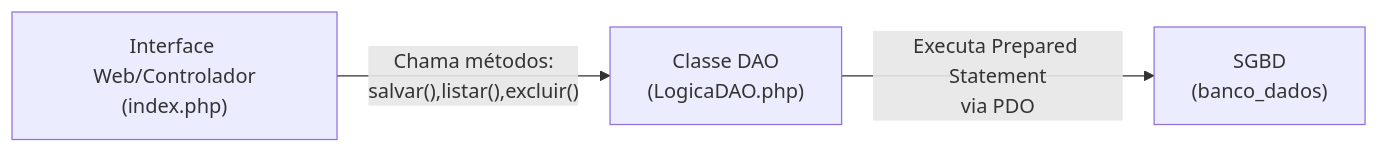
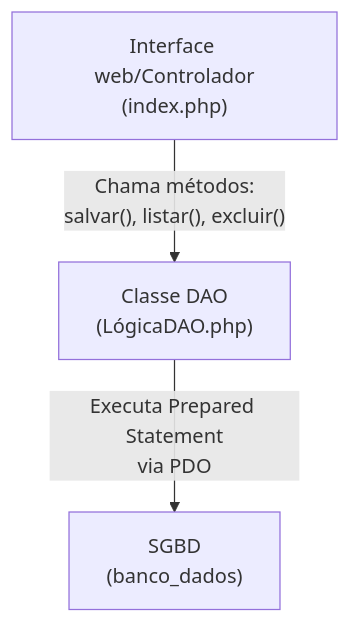
One commit to FelipeScalfi/BackEnd changed diagram 14 of 18 in README.md. Above: the diagram before and after it, drawn with Mermaid. The commit also changed other lines of this file and 12 other files, not shown here.

````diff
--- a/README.md
+++ b/README.md
@@ -1429,9 +1447,10 @@
 ```mermaid
-flowchart LR
-    A["Interface Web/Controlador<br/>(index.php)"]
-    B["Classe DAO<br/>(LogicaDAO.php)"]
+flowchart
+    A["Interface web/Controlador<br/>(index.php)"]
+    B["Classe DAO<br/>(LógicaDAO.php)"]
     C["SGBD<br/>(banco_dados)"]
 
-    A -->|"Chama métodos:<br/>salvar(),listar(),excluir()"| B
-    B -->|"Executa Prepared Statement<br/>via PDO"| C
+    A --> |"Chama métodos:<br/>salvar(), listar(), excluir()" | B
+    B --> |"Executa Prepared Statement<br/>via PDO" | C
+
 ```
````
